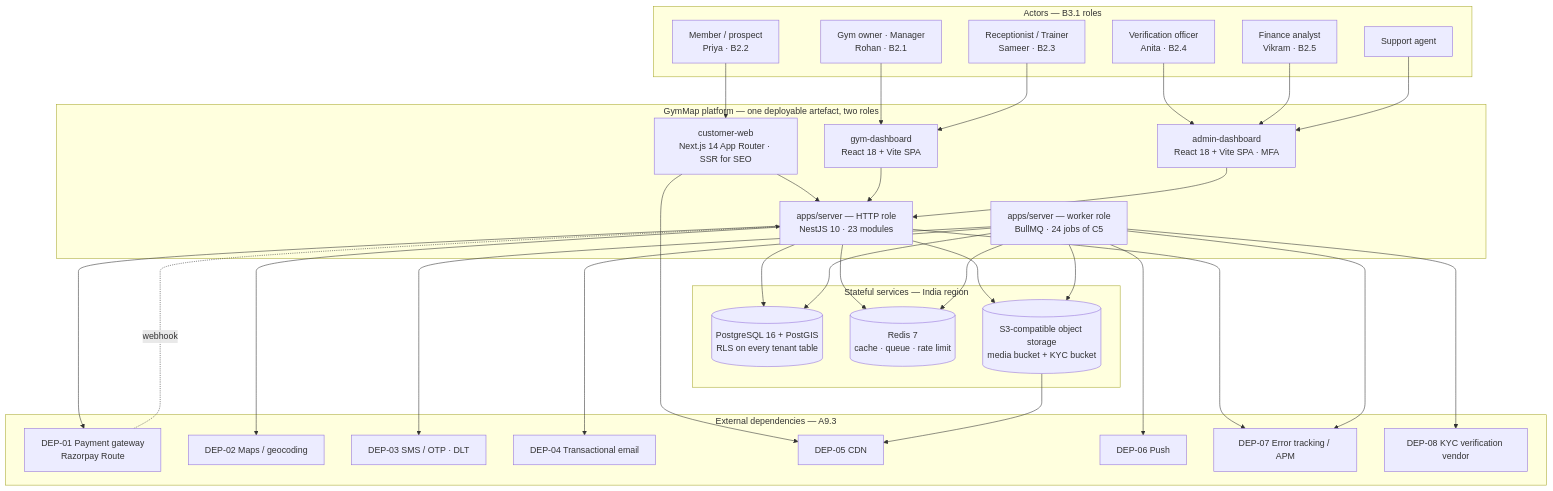
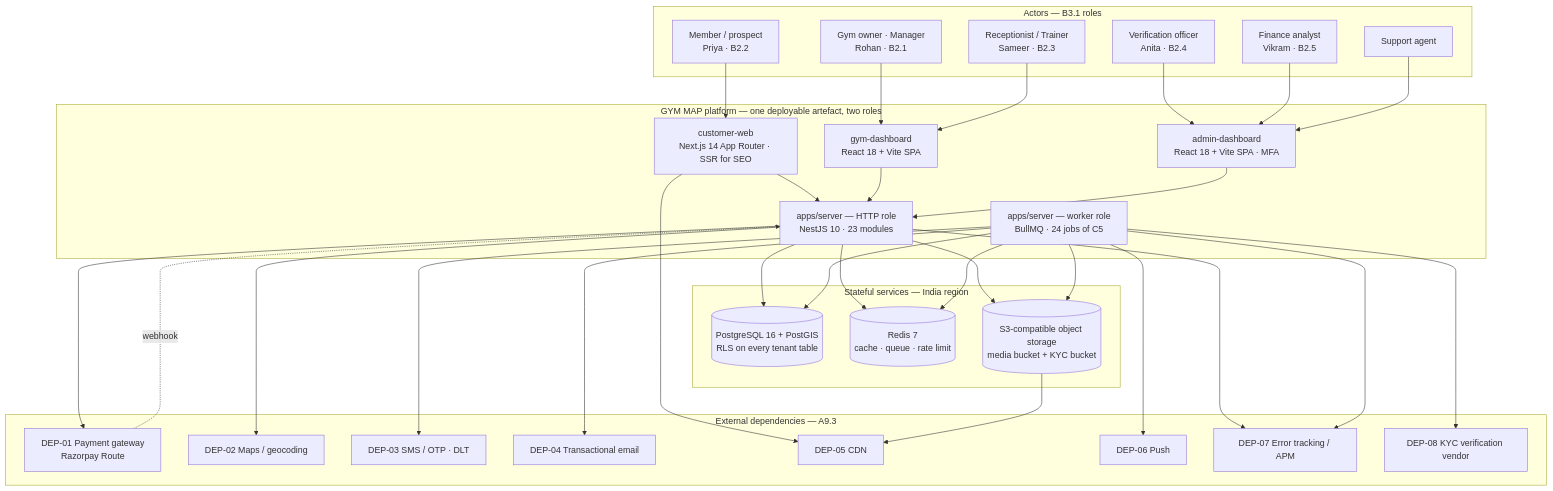
Before and after one commit to mehdialam20002/gymMap: the first of 10 diagrams in docs/engineering/Architecture.md, drawn with Mermaid. The commit also changed 43 other files, not shown here.

````diff
--- a/docs/engineering/Architecture.md
+++ b/docs/engineering/Architecture.md
@@ -45,63 +45,63 @@
 ```mermaid
 flowchart TB
     subgraph People["Actors — B3.1 roles"]
         MEM["Member / prospect<br/>Priya · B2.2"]
         OWN["Gym owner · Manager<br/>Rohan · B2.1"]
         RCP["Receptionist / Trainer<br/>Sameer · B2.3"]
         VER["Verification officer<br/>Anita · B2.4"]
         FIN["Finance analyst<br/>Vikram · B2.5"]
         SUP["Support agent"]
     end
 
-    subgraph Platform["GymMap platform — one deployable artefact, two roles"]
+    subgraph Platform["GYM MAP platform — one deployable artefact, two roles"]
         WEB["customer-web<br/>Next.js 14 App Router · SSR for SEO"]
         DASH["gym-dashboard<br/>React 18 + Vite SPA"]
         ADM["admin-dashboard<br/>React 18 + Vite SPA · MFA"]
         API["apps/server — HTTP role<br/>NestJS 10 · 23 modules"]
         WRK["apps/server — worker role<br/>BullMQ · 24 jobs of C5"]
     end
 
     subgraph Data["Stateful services — India region"]
         PG[("PostgreSQL 16 + PostGIS<br/>RLS on every tenant table")]
         RD[("Redis 7<br/>cache · queue · rate limit")]
         OS[("S3-compatible object storage<br/>media bucket + KYC bucket")]
     end
 
     subgraph Ext["External dependencies — A9.3"]
         D1["DEP-01 Payment gateway<br/>Razorpay Route"]
         D2["DEP-02 Maps / geocoding"]
         D3["DEP-03 SMS / OTP · DLT"]
         D4["DEP-04 Transactional email"]
         D5["DEP-05 CDN"]
         D6["DEP-06 Push"]
         D7["DEP-07 Error tracking / APM"]
         D8["DEP-08 KYC verification vendor"]
     end
 
     MEM --> WEB
     OWN --> DASH
     RCP --> DASH
     VER --> ADM
     FIN --> ADM
     SUP --> ADM
     WEB --> API
     DASH --> API
     ADM --> API
     API --> PG
     API --> RD
     API --> OS
     WRK --> PG
     WRK --> RD
     WRK --> OS
     D1 -. webhook .-> API
     API --> D1
     API --> D2
     WRK --> D3
     WRK --> D4
     WRK --> D6
     WRK --> D8
     WEB --> D5
     OS --> D5
     API --> D7
     WRK --> D7
 ```
````
